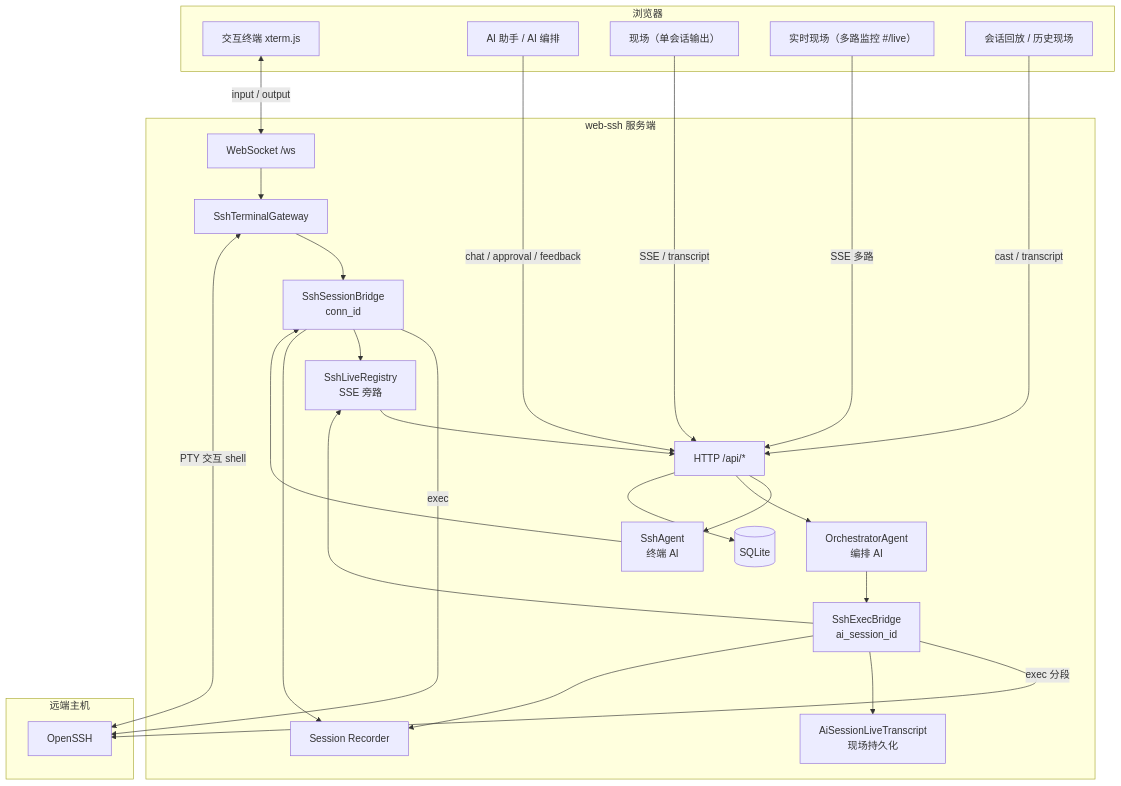
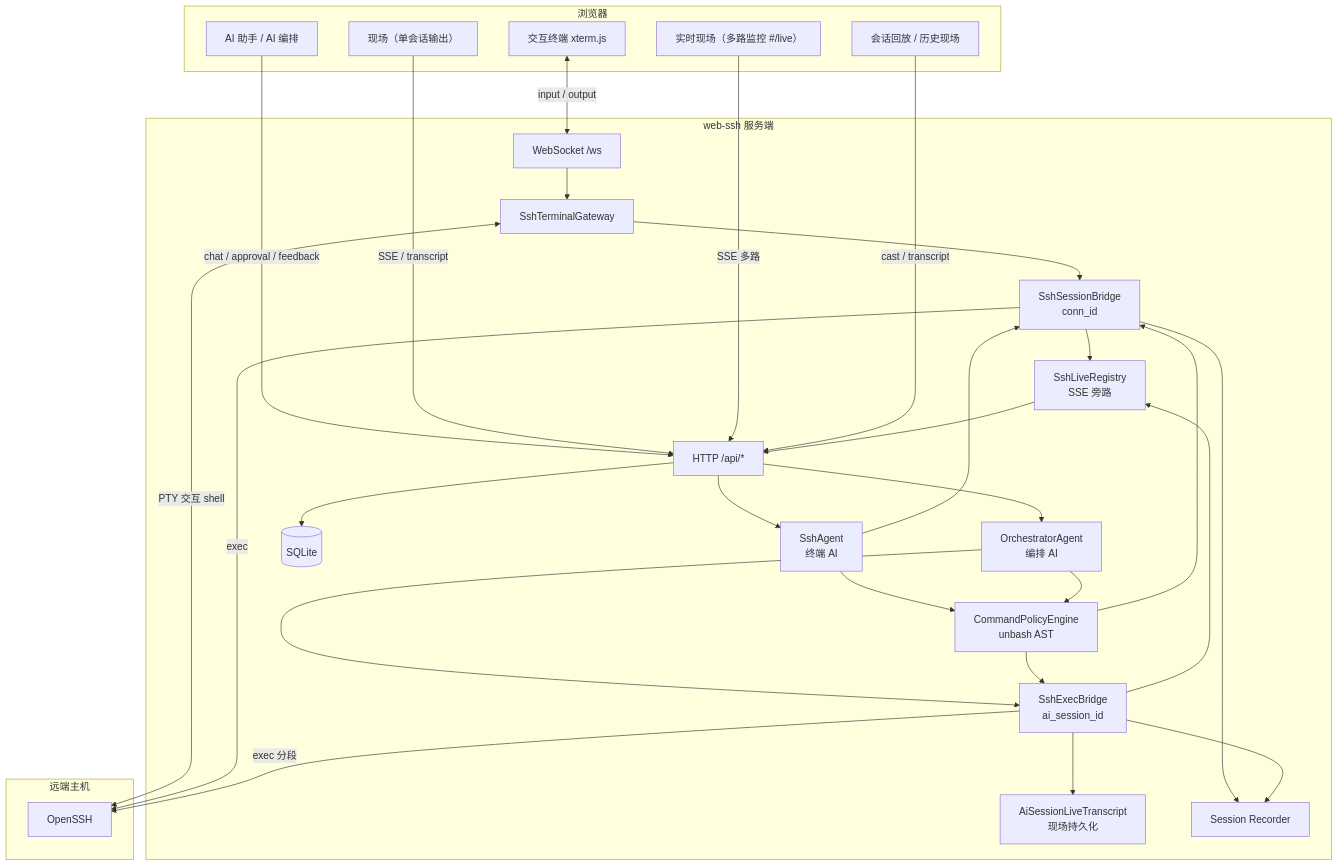
One commit to reactphp-x/web-ssh changed the first of 6 diagrams in README.md. Above: the diagram before and after it, drawn with Mermaid. The commit also changed other lines of this file and 51 other files, not shown here.

First line of the commit message:
Add command policy engine for AI SSH execution with approval gates.

````diff
--- a/README.md
+++ b/README.md
@@ -125,50 +129,55 @@
 ```mermaid
 flowchart TB
     subgraph Browser["浏览器"]
         T["交互终端 xterm.js"]
         A["AI 助手 / AI 编排"]
         F["现场（单会话输出）"]
         L["实时现场（多路监控 #/live）"]
         R["会话回放 / 历史现场"]
     end
 
     subgraph Server["web-ssh 服务端"]
         API["HTTP /api/*"]
         WS["WebSocket /ws"]
         GW["SshTerminalGateway"]
         BR["SshSessionBridge<br/>conn_id"]
         EB["SshExecBridge<br/>ai_session_id"]
+        POL["CommandPolicyEngine<br/>unbash AST"]
         LIVE["SshLiveRegistry<br/>SSE 旁路"]
         TX["AiSessionLiveTranscript<br/>现场持久化"]
         AG1["SshAgent<br/>终端 AI"]
         AG2["OrchestratorAgent<br/>编排 AI"]
         REC["Session Recorder"]
         DB[("SQLite")]
     end
 
     subgraph Remote["远端主机"]
         SSH["OpenSSH"]
     end
 
     T <-->|input / output| WS
     A -->|chat / approval / feedback| API
     F -->|SSE / transcript| API
     L -->|SSE 多路| API
     R -->|cast / transcript| API
     WS --> GW
     API --> AG1
     API --> AG2
     GW --> BR
     GW <-->|PTY 交互 shell| SSH
     AG1 --> BR
     AG2 --> EB
+    AG1 --> POL
+    AG2 --> POL
+    POL --> BR
+    POL --> EB
     BR -->|exec| SSH
     EB -->|exec 分段| SSH
     BR --> LIVE
     EB --> LIVE
     EB --> TX
     BR --> REC
     EB --> REC
     LIVE --> API
     API --> DB
 ```
````
